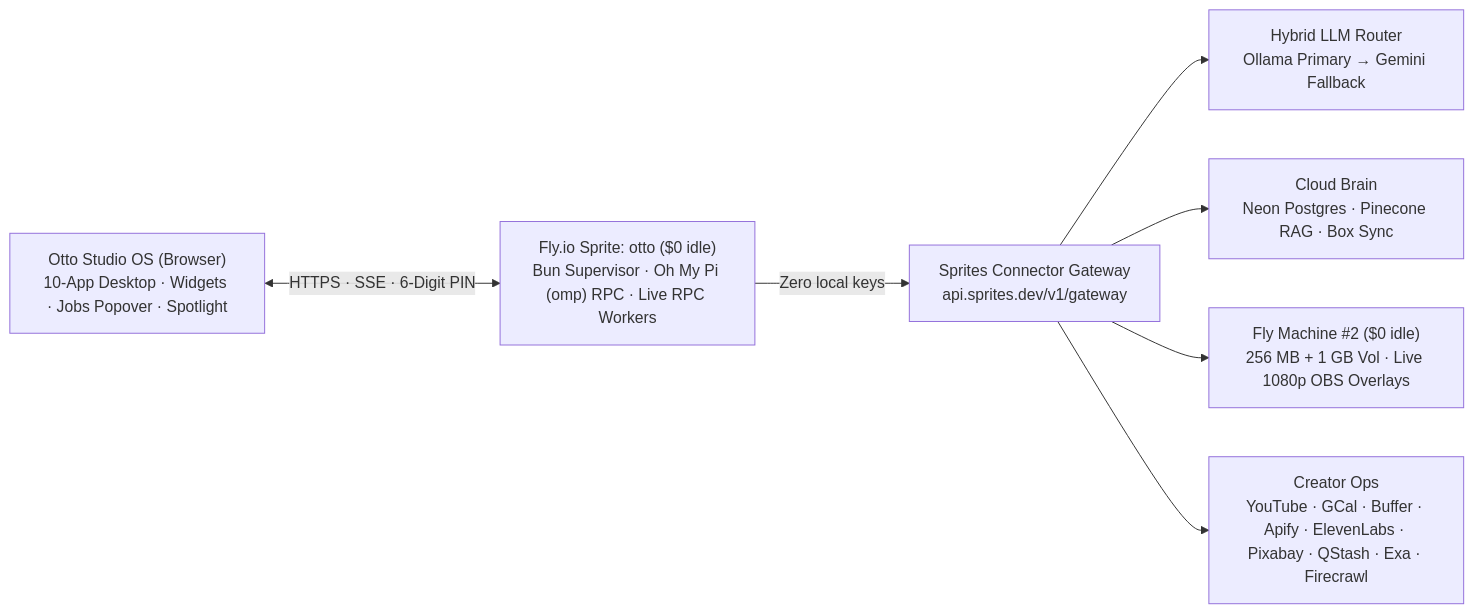
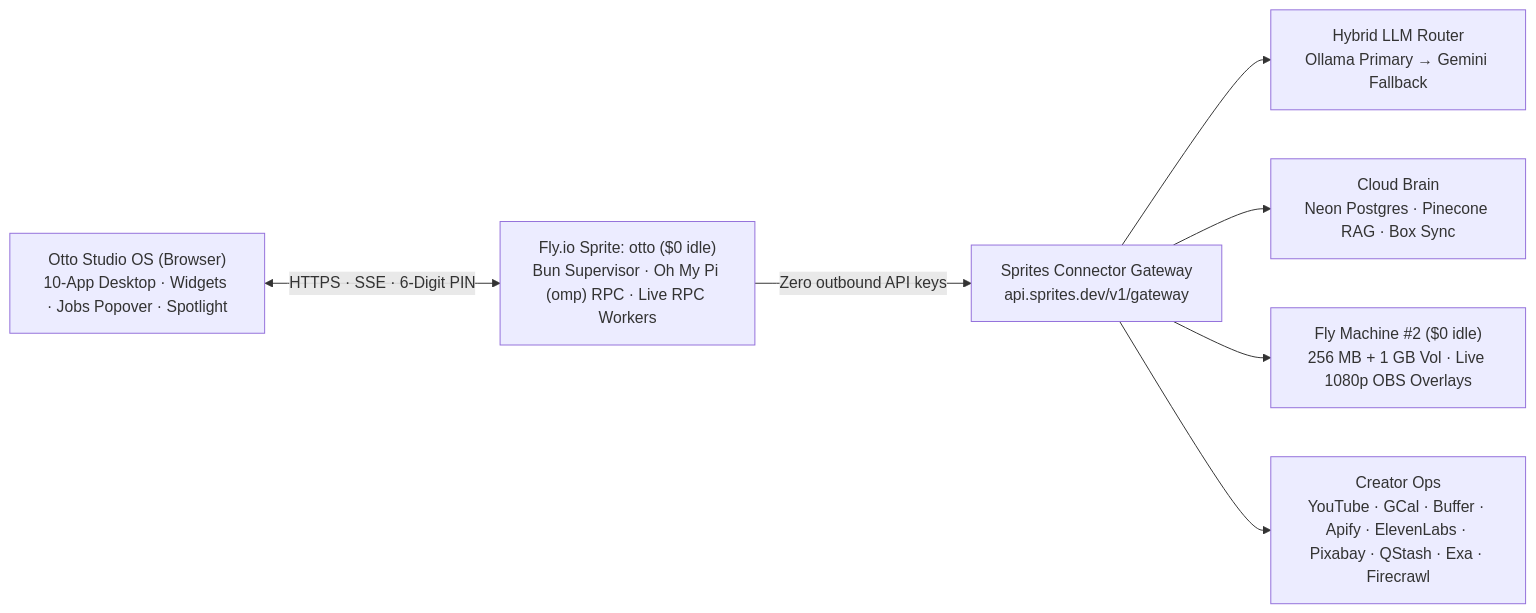
The diagram in README.md (roffidaijoubu/otto), drawn with Mermaid before and after one commit. The commit also changed other lines of this file and 9 other files, not shown here.

````diff
--- a/README.md
+++ b/README.md
@@ -44,9 +44,9 @@
 ```mermaid
 flowchart LR
     U["Otto Studio OS (Browser)<br/>10-App Desktop · Widgets · Jobs Popover · Spotlight"] <-->|"HTTPS · SSE · 6-Digit PIN"| S["Fly.io Sprite: otto ($0 idle)<br/>Bun Supervisor · Oh My Pi (omp) RPC · Live RPC Workers"]
-    S -->|"Zero local keys"| G["Sprites Connector Gateway<br/>api.sprites.dev/v1/gateway"]
+    S -->|"Zero outbound API keys"| G["Sprites Connector Gateway<br/>api.sprites.dev/v1/gateway"]
     G --> L["Hybrid LLM Router<br/>Ollama Primary → Gemini Fallback"]
     G --> D["Cloud Brain<br/>Neon Postgres · Pinecone RAG · Box Sync"]
     G --> M["Fly Machine #2 ($0 idle)<br/>256 MB + 1 GB Vol · Live 1080p OBS Overlays"]
     G --> O["Creator Ops<br/>YouTube · GCal · Buffer · Apify · ElevenLabs · Pixabay · QStash · Exa · Firecrawl"]
 ```
````
